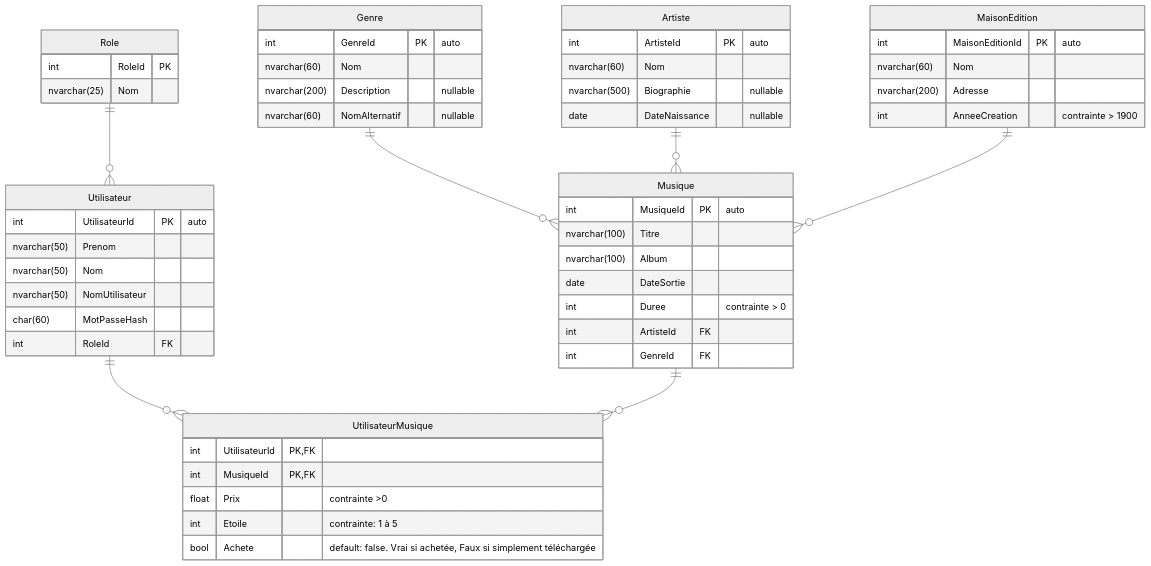
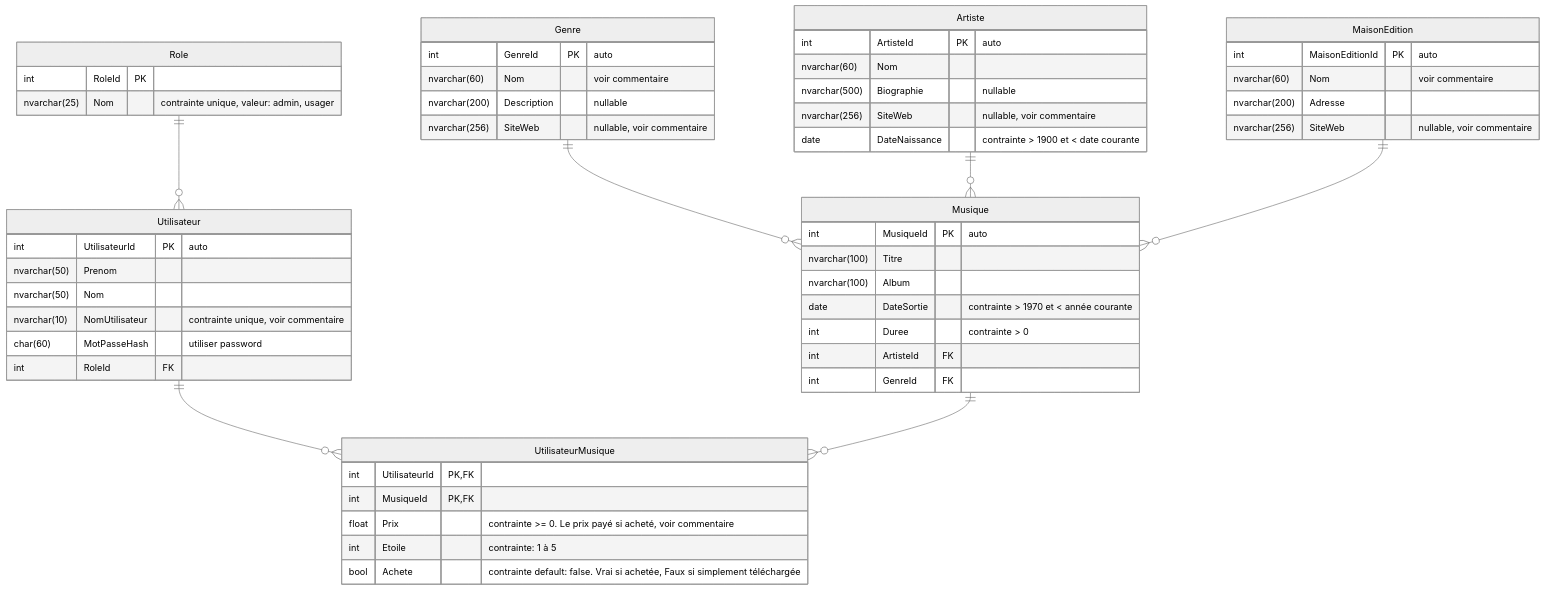
One commit to BenoitDesrosiers/4N1_2024 changed the diagram in docs/00-TP3/tp3_dea.md. Above: the diagram before and after it, drawn with Mermaid (neutral theme). The commit also changed other lines of this file and 3 other files, not shown here.

````diff
--- a/docs/00-TP3/tp3_dea.md
+++ b/docs/00-TP3/tp3_dea.md
@@ -9,62 +9,63 @@
 ```mermaid
 erDiagram
     ro ||--o{ ut : ""
     ut ||--o{ um : ""
     mu ||--o{ um : ""
     ge ||--o{ mu : ""
     ar ||--o{ mu : ""
     me ||--o{ mu : ""
 
     ro[Role] {
         int RoleId PK
-        nvarchar(25) Nom
+        nvarchar(25) Nom "contrainte unique, valeur: admin, usager"
     }
     ut[Utilisateur] {
         int UtilisateurId PK "auto"
         nvarchar(50) Prenom
         nvarchar(50) Nom
-        nvarchar(50) NomUtilisateur
-        char(60) MotPasseHash
+        nvarchar(10) NomUtilisateur "contrainte unique, voir commentaire"
+        char(60) MotPasseHash "utiliser password"
         int RoleId FK
     }
 
     um[UtilisateurMusique] {
         int UtilisateurId PK,FK
         int MusiqueId PK,FK
-        float Prix "contrainte >0"
+        float Prix "contrainte >= 0. Le prix payé si acheté, voir commentaire"
         int Etoile "contrainte: 1 à 5"
-        bool Achete "default: false. Vrai si achetée, Faux si simplement téléchargée"
+        bool Achete "contrainte default: false. Vrai si achetée, Faux si simplement téléchargée"
 
     } 
 
     mu[Musique] {
         int MusiqueId PK "auto"
         nvarchar(100) Titre
         nvarchar(100) Album
-        date DateSortie
+        date DateSortie "contrainte > 1970 et < année courante"
         int Duree "contrainte > 0"
         int ArtisteId FK
         int GenreId FK
     }
 
     ge[Genre] {
         int GenreId PK "auto"
-        nvarchar(60) Nom
+        nvarchar(60) Nom "voir commentaire"
         nvarchar(200) Description "nullable"
-        nvarchar(60) NomAlternatif "nullable"
+        nvarchar(256) SiteWeb "nullable, voir commentaire"
     }
 
     ar[Artiste] {
         int ArtisteId PK "auto"
         nvarchar(60) Nom
         nvarchar(500) Biographie "nullable"
-        date DateNaissance "nullable"
+        nvarchar(256) SiteWeb "nullable, voir commentaire"
+        date DateNaissance "contrainte > 1900 et < date courante"
     }
 
     me[MaisonEdition] {
         int MaisonEditionId PK "auto"
-        nvarchar(60) Nom
+        nvarchar(60) Nom "voir commentaire"
         nvarchar(200) Adresse
-        int AnneeCreation "contrainte > 1900"
+        nvarchar(256) SiteWeb "nullable, voir commentaire"
     }
 ```
````
